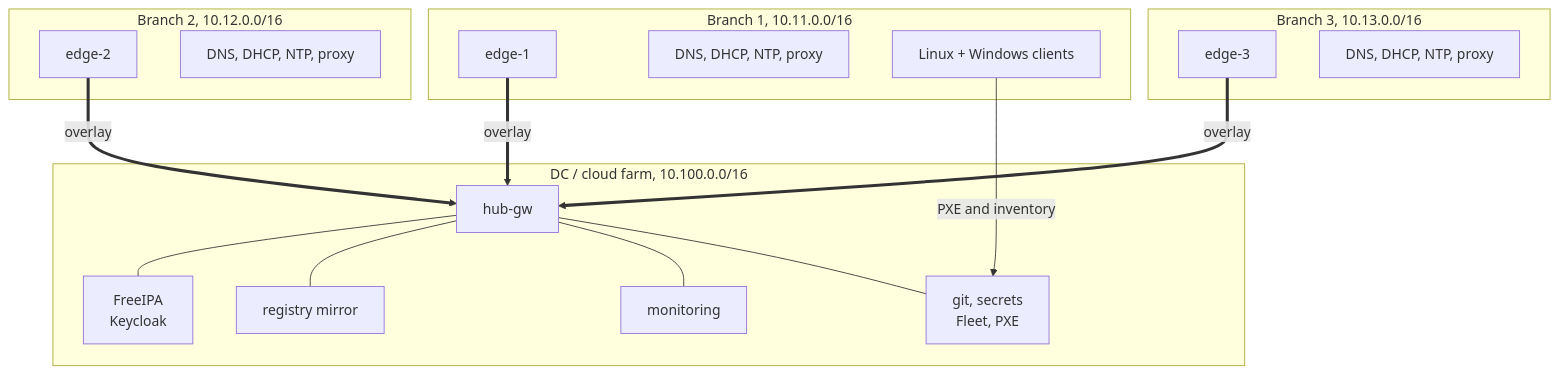
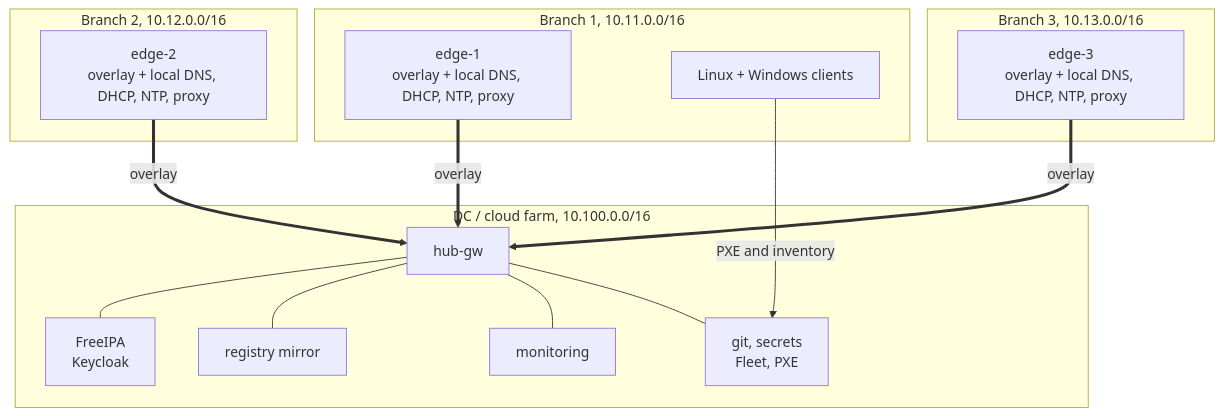
Before and after one commit to ultus-net/ultus-corp: the diagram in docs/superpowers/specs/2026-11-26-ultus-corp-design.md, drawn with Mermaid. The commit also changed other lines of this file and 1 other file, not shown here.

Commit message:
docs: make each branch one edge VM with local serving

````diff
--- a/docs/superpowers/specs/2026-11-26-ultus-corp-design.md
+++ b/docs/superpowers/specs/2026-11-26-ultus-corp-design.md
@@ -376,31 +383,28 @@
 ```mermaid
 flowchart TB
   subgraph dc["DC / cloud farm, 10.100.0.0/16"]
     HUB[hub-gw]
     ID["FreeIPA<br/>Keycloak"]
     REG[registry mirror]
     MON[monitoring]
     AUX["git, secrets<br/>Fleet, PXE"]
   end
   subgraph b1["Branch 1, 10.11.0.0/16"]
-    E1[edge-1]
-    L1["DNS, DHCP, NTP, proxy"]
+    E1["edge-1<br/>overlay + local DNS, DHCP, NTP, proxy"]
     C1["Linux + Windows clients"]
   end
   subgraph b2["Branch 2, 10.12.0.0/16"]
-    E2[edge-2]
-    L2["DNS, DHCP, NTP, proxy"]
+    E2["edge-2<br/>overlay + local DNS, DHCP, NTP, proxy"]
   end
   subgraph b3["Branch 3, 10.13.0.0/16"]
-    E3[edge-3]
-    L3["DNS, DHCP, NTP, proxy"]
+    E3["edge-3<br/>overlay + local DNS, DHCP, NTP, proxy"]
   end
   E1 == overlay ==> HUB
   E2 == overlay ==> HUB
   E3 == overlay ==> HUB
   HUB --- ID
   HUB --- REG
   HUB --- MON
   HUB --- AUX
   C1 -->|PXE and inventory| AUX
 ```
````
